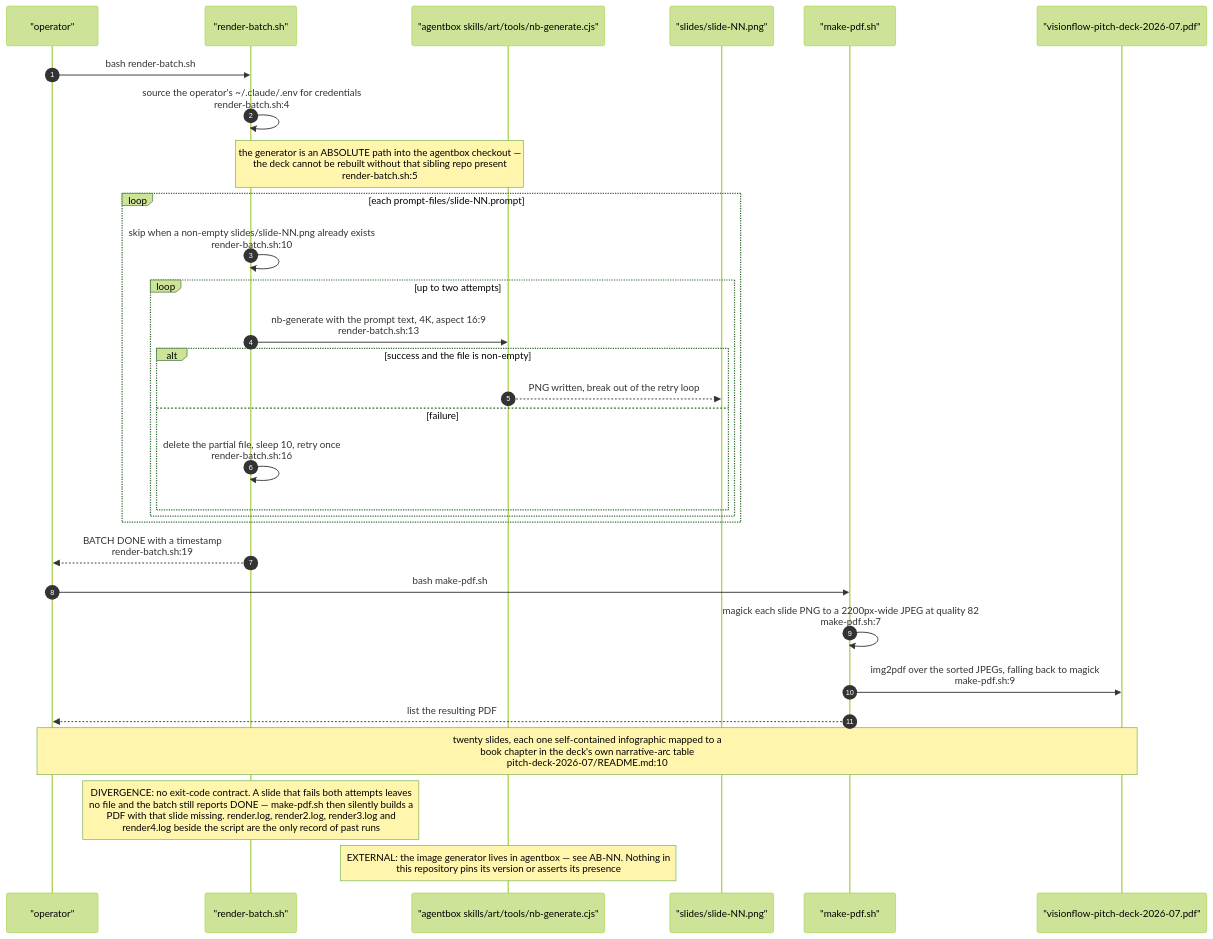
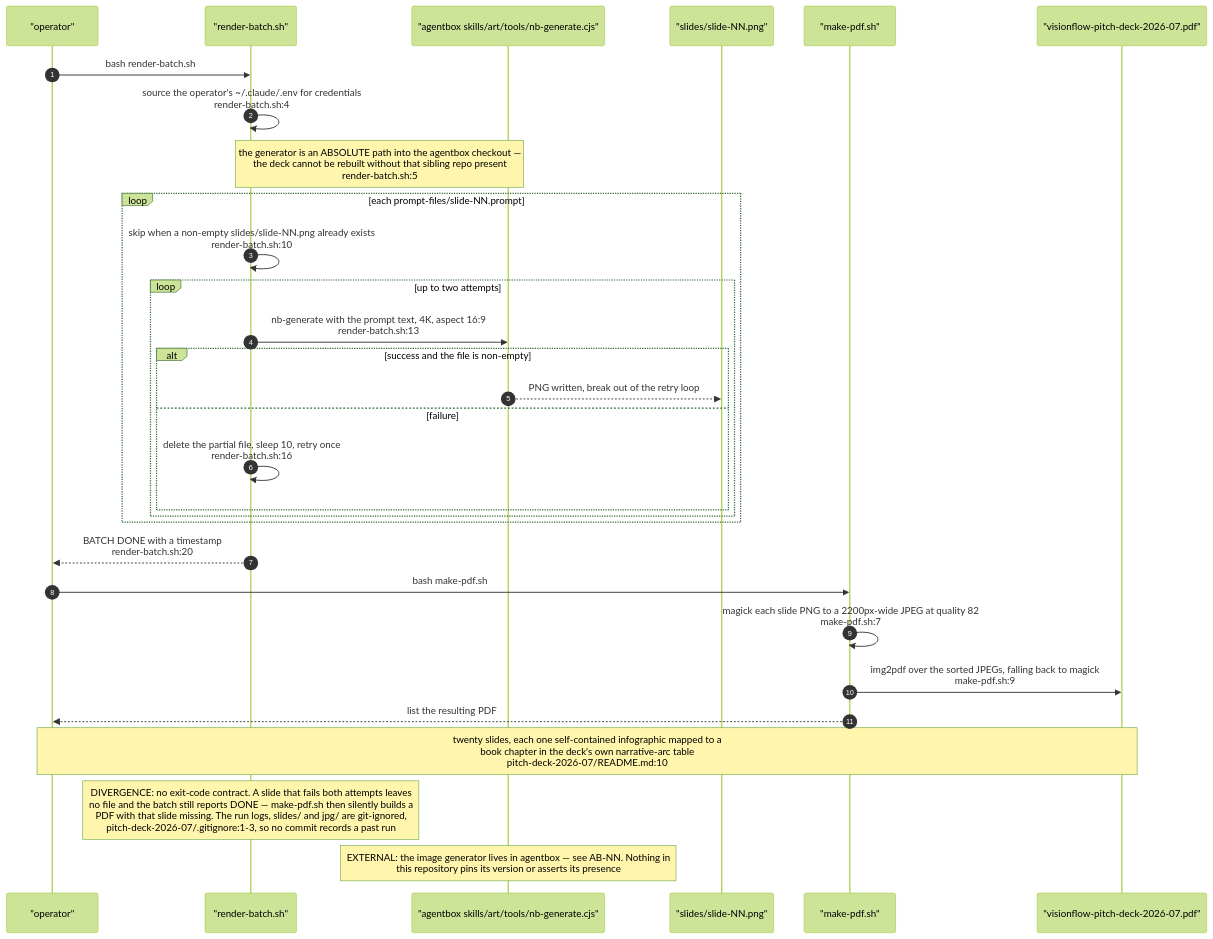
The tenth of 11 diagrams in docs/diagrams/visionflow/07-pitch-presentation-reports.md (DreamLab-AI/VisionFlow), drawn with Mermaid (forest theme) before and after one commit. The commit also changed other lines of this file and 91 other files, not shown here.

````diff
--- a/docs/diagrams/visionflow/07-pitch-presentation-reports.md
+++ b/docs/diagrams/visionflow/07-pitch-presentation-reports.md
@@ -403,36 +406,36 @@
 ```mermaid
 sequenceDiagram
     autonumber
     participant OP as "operator"
     participant RB as "render-batch.sh"
     participant NB as "agentbox skills/art/tools/nb-generate.cjs"
     participant SL as "slides/slide-NN.png"
     participant MP as "make-pdf.sh"
     participant PDF as "visionflow-pitch-deck-2026-07.pdf"
 
     OP->>RB: bash render-batch.sh
     RB->>RB: source the operator's ~/.claude/.env for credentials<br/>render-batch.sh:4
     Note over RB,NB: the generator is an ABSOLUTE path into the agentbox checkout —<br/>the deck cannot be rebuilt without that sibling repo present<br/>render-batch.sh:5
 
     loop each prompt-files/slide-NN.prompt
         RB->>RB: skip when a non-empty slides/slide-NN.png already exists<br/>render-batch.sh:10
         loop up to two attempts
             RB->>NB: nb-generate with the prompt text, 4K, aspect 16:9<br/>render-batch.sh:13
             alt success and the file is non-empty
                 NB-->>SL: PNG written, break out of the retry loop
             else failure
                 RB->>RB: delete the partial file, sleep 10, retry once<br/>render-batch.sh:16
             end
         end
     end
-    RB-->>OP: BATCH DONE with a timestamp<br/>render-batch.sh:19
+    RB-->>OP: BATCH DONE with a timestamp<br/>render-batch.sh:20
 
     OP->>MP: bash make-pdf.sh
     MP->>MP: magick each slide PNG to a 2200px-wide JPEG at quality 82<br/>make-pdf.sh:7
     MP->>PDF: img2pdf over the sorted JPEGs, falling back to magick<br/>make-pdf.sh:9
     MP-->>OP: list the resulting PDF
 
     Note over OP,PDF: twenty slides, each one self-contained infographic mapped to a<br/>book chapter in the deck's own narrative-arc table<br/>pitch-deck-2026-07/README.md:10
-    Note over RB: DIVERGENCE: no exit-code contract. A slide that fails both attempts leaves<br/>no file and the batch still reports DONE — make-pdf.sh then silently builds a<br/>PDF with that slide missing. render.log, render2.log, render3.log and<br/>render4.log beside the script are the only record of past runs
+    Note over RB: DIVERGENCE: no exit-code contract. A slide that fails both attempts leaves<br/>no file and the batch still reports DONE — make-pdf.sh then silently builds a<br/>PDF with that slide missing. The run logs, slides/ and jpg/ are git-ignored,<br/>pitch-deck-2026-07/.gitignore:1-3, so no commit records a past run
     Note over NB: EXTERNAL: the image generator lives in agentbox — see AB-NN. Nothing in<br/>this repository pins its version or asserts its presence
 ```
````
